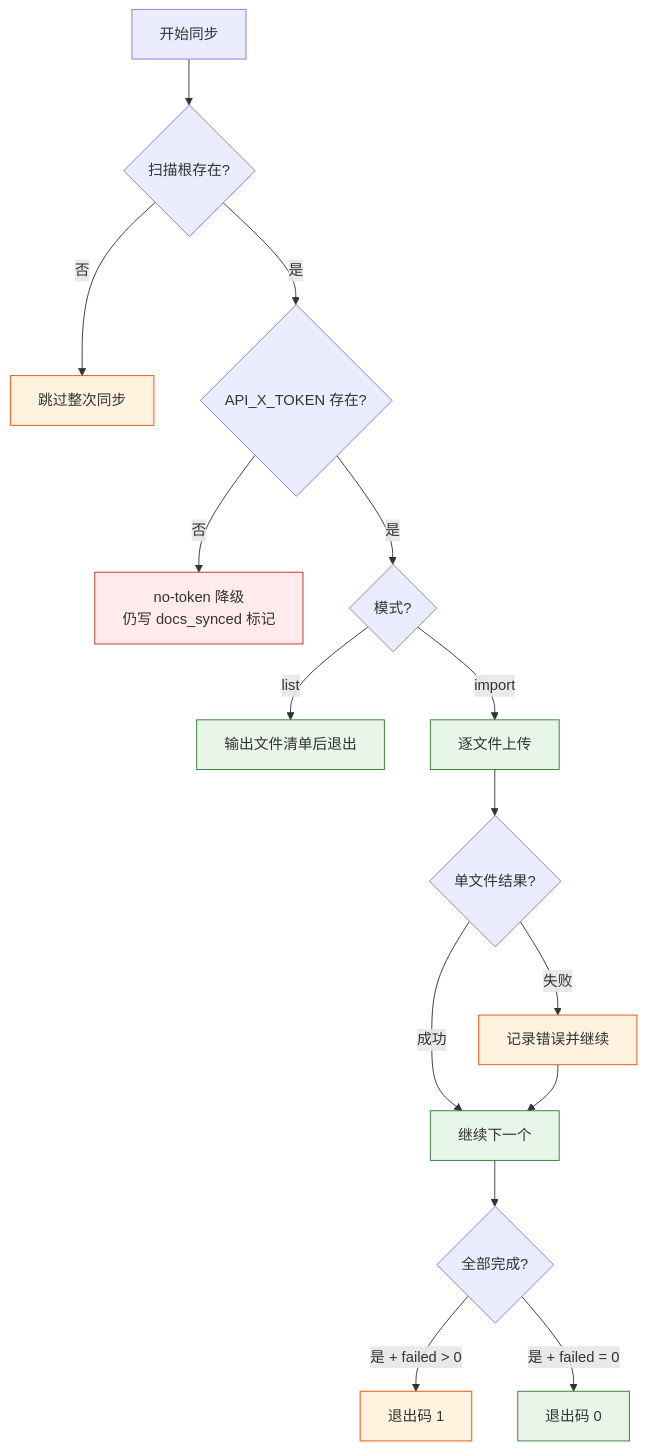
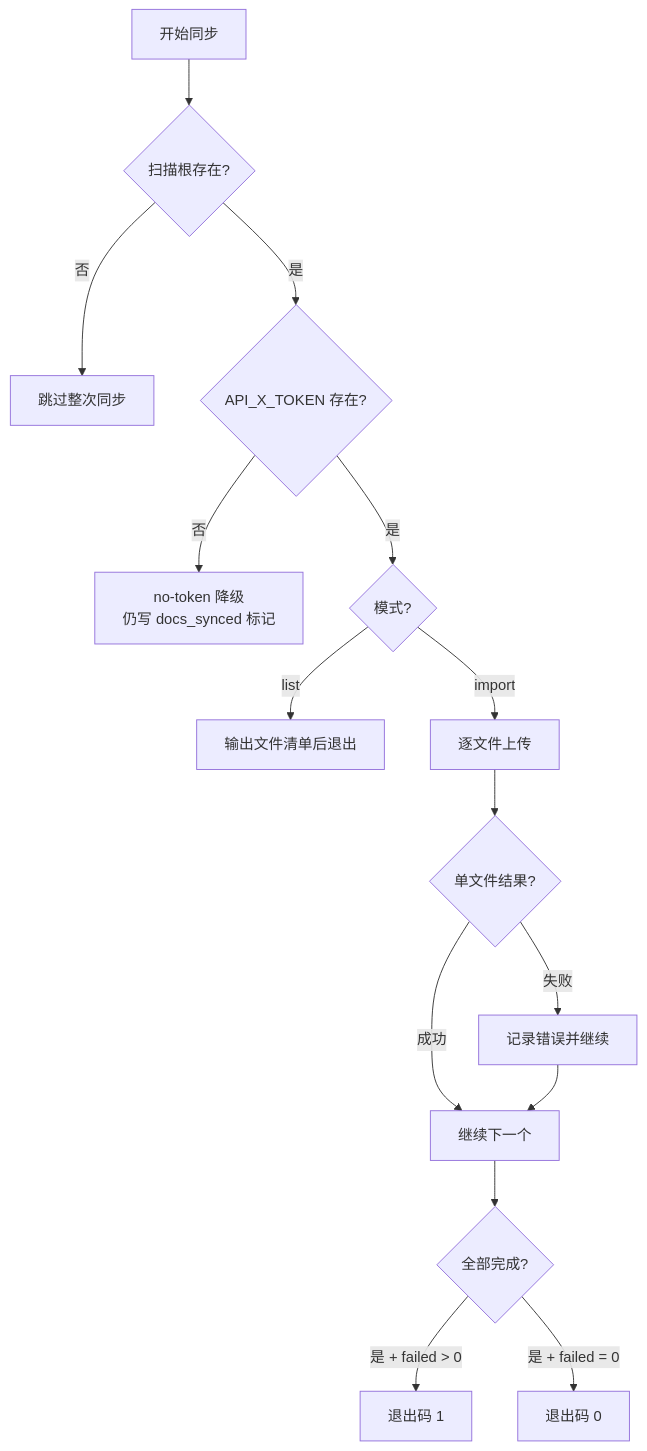
One commit to effiy/YrY changed the fifth of 8 diagrams in skills/rui-import/SKILL.md. Above: the diagram before and after it, drawn with Mermaid. The commit also changed other lines of this file and 38 other files, not shown here.

````diff
--- a/skills/rui-import/SKILL.md
+++ b/skills/rui-import/SKILL.md
@@ -253,21 +237,17 @@
 ```mermaid
 flowchart TD
     START["开始同步"] --> Q1{"扫描根存在?"}
     Q1 -->|"否"| SKIP["跳过整次同步"]:::warn
     Q1 -->|"是"| Q2{"API_X_TOKEN 存在?"}
     Q2 -->|"否"| NOOP["no-token 降级<br/>仍写 docs_synced 标记"]:::block
     Q2 -->|"是"| Q3{"模式?"}
     Q3 -->|"list"| LIST["输出文件清单后退出"]:::ok
     Q3 -->|"import"| UPLOAD["逐文件上传"]:::ok
     UPLOAD --> Q4{"单文件结果?"}
     Q4 -->|"成功"| NEXT["继续下一个"]:::ok
     Q4 -->|"失败"| ERR["记录错误并继续"]:::warn
     ERR --> NEXT
     NEXT --> END{"全部完成?"}
     END -->|"是 + failed > 0"| EXIT_FAIL["退出码 1"]:::warn
     END -->|"是 + failed = 0"| EXIT_OK["退出码 0"]:::ok
-
-    classDef ok fill:#e8f5e9,stroke:#2e7d32;
-    classDef warn fill:#fff3e0,stroke:#e65100;
-    classDef block fill:#ffebee,stroke:#c62828;
 ```
````
